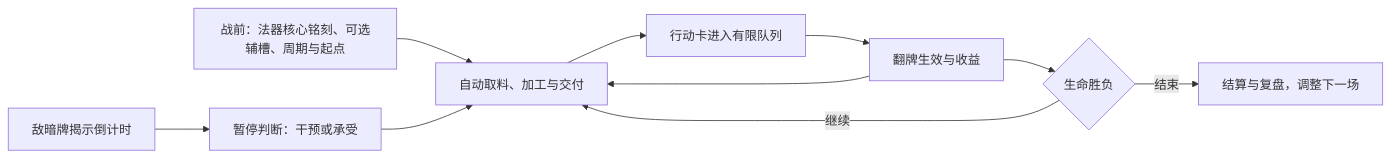
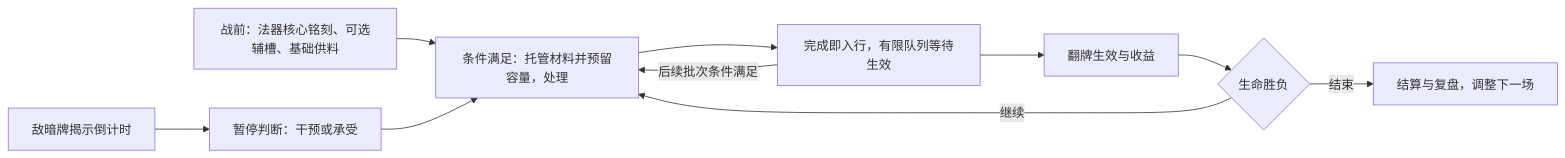
Before and after one commit to dsaj4/game_design: the diagram in yanzhou/design/GDD.md, drawn with Mermaid. The commit also changed other lines of this file and 29 other files, not shown here.

````diff
--- a/yanzhou/design/GDD.md
+++ b/yanzhou/design/GDD.md
@@ -50,12 +50,12 @@
 ```mermaid
 flowchart LR
-    A[战前：法器核心铭刻、可选辅槽、周期与起点] --> B[自动取料、加工与交付]
-    B --> C[行动卡进入有限队列]
+    A[战前：法器核心铭刻、可选辅槽、基础供料] --> B[条件满足：托管材料并预留容量，处理]
+    B --> C[完成即入行，有限队列等待生效]
     C --> D[翻牌生效与收益]
-    D --> B
+    C -->|后续批次条件满足| B
     E[敌暗牌揭示倒计时] --> F[暂停判断：干预或承受]
     F --> B
     D --> G{生命胜负}
     G -->|继续| B
     G -->|结束| H[结算与复盘，调整下一场]
 ```
````
